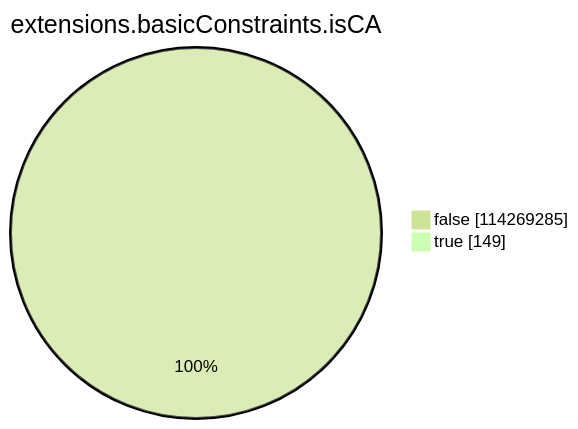
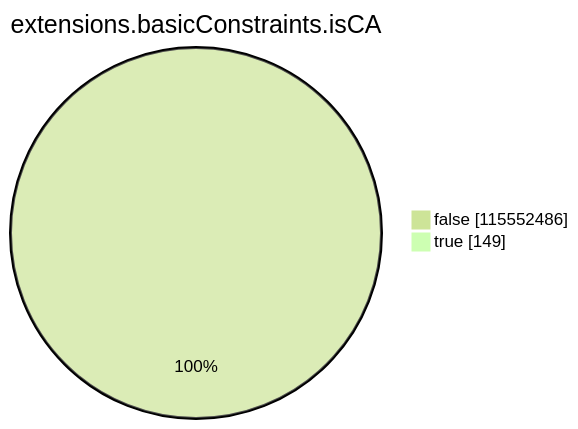
The seventh of 15 diagrams in xenon2023/README.md (christiankrug/ctmonitor_visualization), drawn with Mermaid (forest theme) before and after one commit. The commit also changed other lines of this file, not shown here.

````diff
--- a/xenon2023/README.md
+++ b/xenon2023/README.md
@@ -2145,6 +2146,6 @@
 ```mermaid
 pie showData
 title extensions.basicConstraints.isCA
-"false" :114269285
+"false" :115552486
 "true" :149
 ```
````
